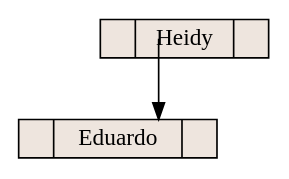
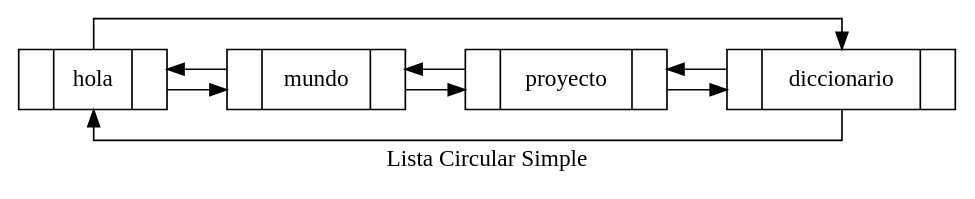
Before and after one commit to hr9457/EDD_1S2020_PY1_201314296: the diagram in ArchivosDot/ListaCircular.dot, drawn with Graphviz. The commit also changed 4 other files, not shown here.

Commit message:
prueba exitosa lectura json y lista circular, diccionario

```diff
--- a/ArchivosDot/ListaCircular.dot
+++ b/ArchivosDot/ListaCircular.dot
@@ -1,9 +1,17 @@
-digraph arbol
-{
-rankdir=TB;
-graph [splines=ortho, nodesep=0.5];
-node [shape = record, style=filled, fillcolor=seashell2,width=0.7,height=0.2];
-nodoHeidy[ label = "<C0>|Heidy|<C1>"]; 
-nodoHeidy:C0->nodoEduardo
-nodoEduardo[ label = "<C0>|Eduardo|<C1>"]; 
+digraph ListaDoble {
+rankdir=LR;
+splines=ortho;
+Nodo0[shape=record,label="{<pre>|hola|<next>}"];
+Nodo1[shape=record,label="{<pre>|mundo|<next>}"];
+Nodo2[shape=record,label="{<pre>|proyecto|<next>}"];
+Nodo3[shape=record,label="{<pre>|diccionario|<next>}"];
+Nodo0->Nodo1;
+Nodo1->Nodo0;
+Nodo1->Nodo2;
+Nodo2->Nodo1;
+Nodo2->Nodo3;
+Nodo3->Nodo2;
+Nodo3->Nodo0[constraint=false];
+Nodo0->Nodo3[constraint=false];
+label = " Lista Circular Simple";
 }
```
